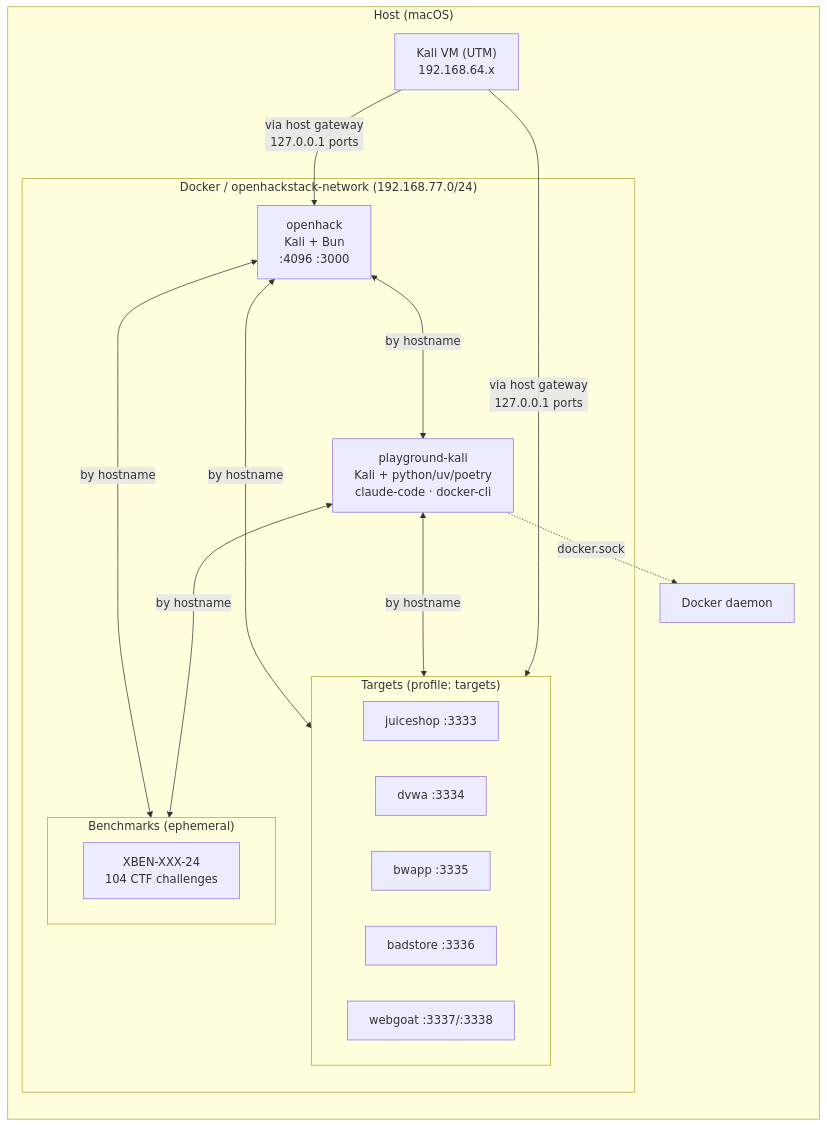
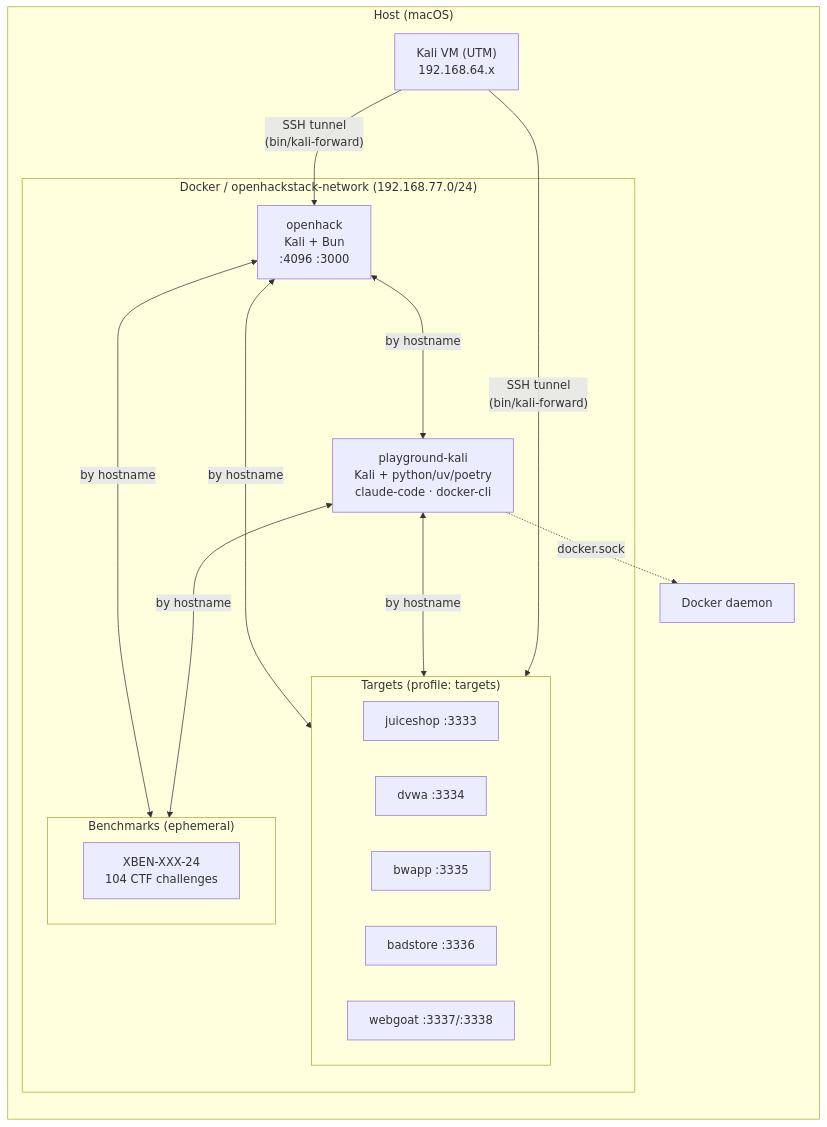
Before and after one commit to mkdirtim/FERR: the diagram in docker/README.md, drawn with Mermaid. The commit also changed other lines of this file and 3 other files, not shown here.

````diff
--- a/docker/README.md
+++ b/docker/README.md
@@ -7,30 +7,30 @@
 ```mermaid
 graph LR
     subgraph host["Host (macOS)"]
         subgraph docker["Docker / openhackstack-network (192.168.77.0/24)"]
             openhack["openhack<br/>Kali + Bun<br/>:4096 :3000"]
             playground["playground-kali<br/>Kali + python/uv/poetry<br/>claude-code · docker-cli"]
             subgraph targets["Targets (profile: targets)"]
                 juiceshop["juiceshop :3333"]
                 dvwa["dvwa :3334"]
                 bwapp["bwapp :3335"]
                 badstore["badstore :3336"]
                 webgoat["webgoat :3337/:3338"]
             end
             subgraph benchmarks["Benchmarks (ephemeral)"]
                 xbow["XBEN-XXX-24<br/>104 CTF challenges"]
             end
         end
         dockerd["Docker daemon"]
         vm["Kali VM (UTM)<br/>192.168.64.x"]
     end
 
     openhack <--->|"by hostname"| targets
     openhack <--->|"by hostname"| benchmarks
     playground <--->|"by hostname"| targets
     playground <--->|"by hostname"| benchmarks
     openhack <--->|"by hostname"| playground
     playground -.->|"docker.sock"| dockerd
-    vm -->|"via host gateway<br/>127.0.0.1 ports"| openhack
-    vm -->|"via host gateway<br/>127.0.0.1 ports"| targets
+    vm -->|"SSH tunnel<br/>(bin/kali-forward)"| openhack
+    vm -->|"SSH tunnel<br/>(bin/kali-forward)"| targets
 ```
````
